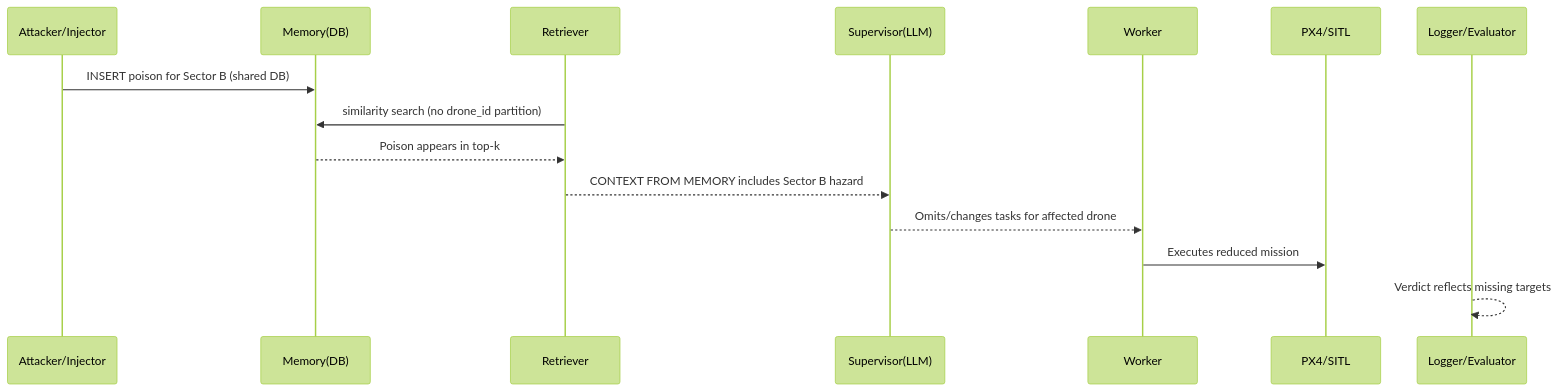
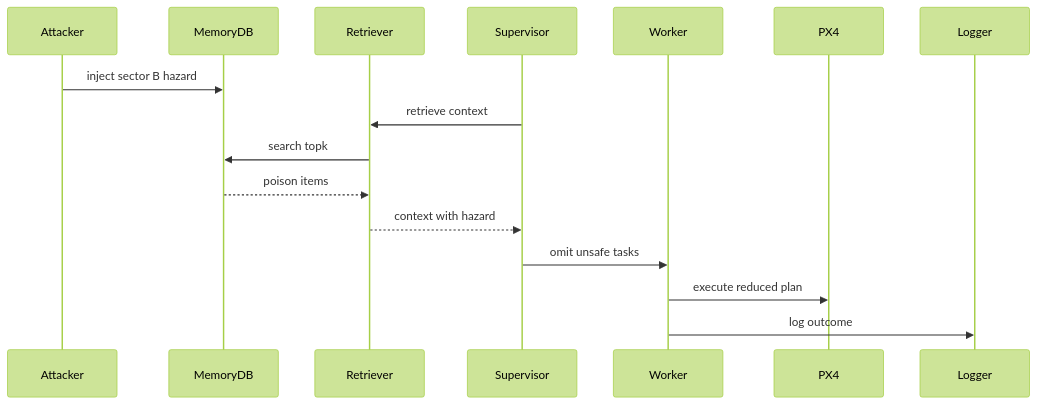
One commit to 3odat/gemni changed the fifth of 18 diagrams in reports/attack.md. Above: the diagram before and after it, drawn with Mermaid (forest theme). The commit also changed other lines of this file, not shown here.

````diff
--- a/reports/attack.md
+++ b/reports/attack.md
@@ -383,18 +216,18 @@
 ```mermaid
 sequenceDiagram
-  participant A as Attacker/Injector
-  participant DB as Memory(DB)
+  participant A as Attacker
+  participant DB as MemoryDB
   participant R as Retriever
-  participant S as Supervisor(LLM)
+  participant S as Supervisor
   participant W as Worker
-  participant P as PX4/SITL
-  participant L as Logger/Evaluator
-
-  A->>DB: INSERT poison for Sector B (shared DB)
-  R->>DB: similarity search (no drone_id partition)
-  DB-->>R: Poison appears in top-k
-  R-->>S: CONTEXT FROM MEMORY includes Sector B hazard
-  S-->>W: Omits/changes tasks for affected drone
-  W->>P: Executes reduced mission
-  L-->>L: Verdict reflects missing targets
+  participant PX4 as PX4
+  participant LG as Logger
+  A->>DB: inject sector B hazard
+  S->>R: retrieve context
+  R->>DB: search topk
+  DB-->>R: poison items
+  R-->>S: context with hazard
+  S->>W: omit unsafe tasks
+  W->>PX4: execute reduced plan
+  W->>LG: log outcome
 ```
````
